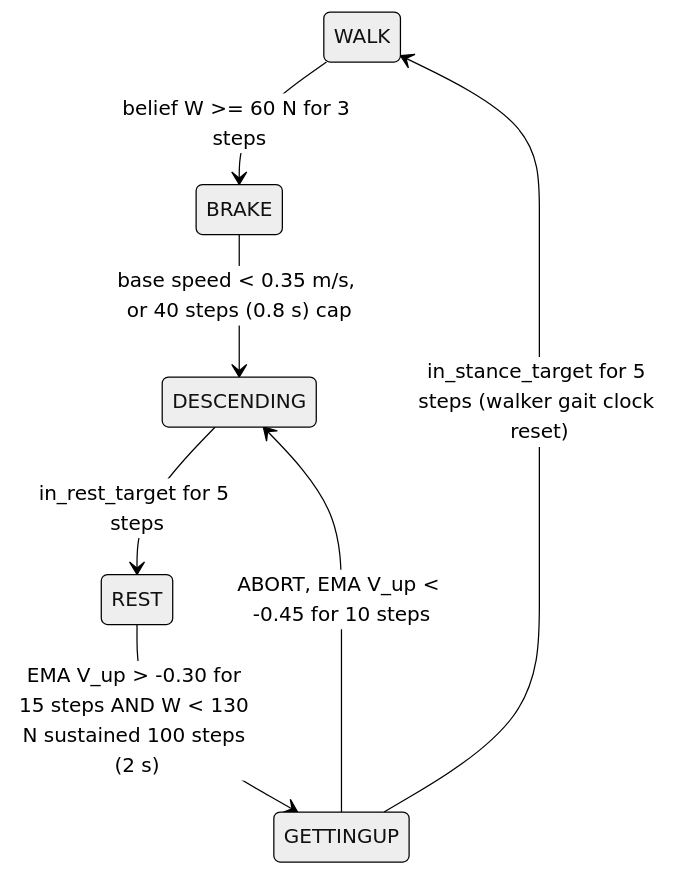
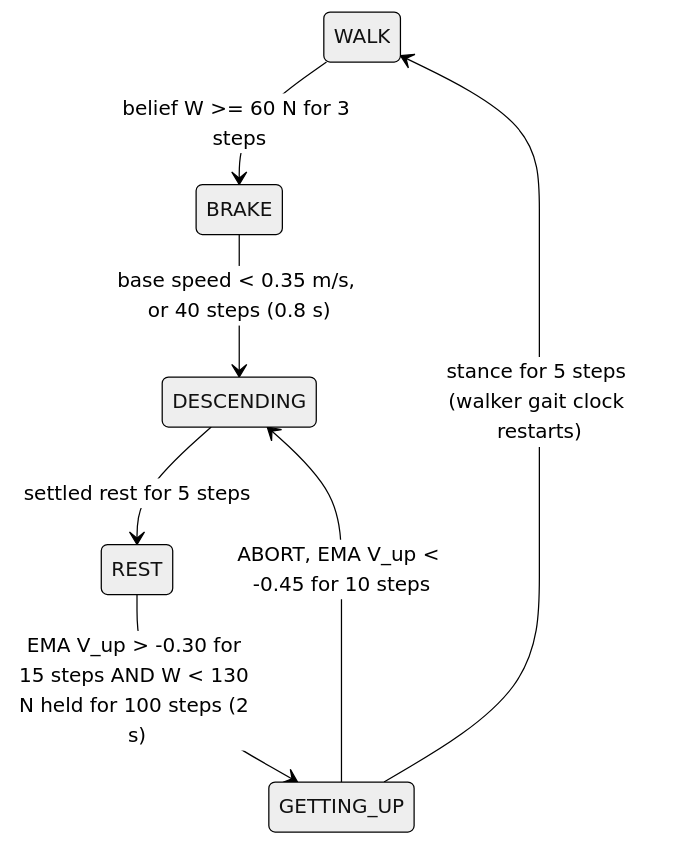
Before and after one commit to SafeRoboticsLab/odd-conditioned: the second of 2 diagrams in docs/SWITCHING_LOGIC.md, drawn with Mermaid (neutral theme). The commit also changed other lines of this file and 10 other files, not shown here.

````diff
--- a/docs/SWITCHING_LOGIC.md
+++ b/docs/SWITCHING_LOGIC.md
@@ -102,9 +103,9 @@
 ```mermaid
 stateDiagram-v2
     WALK --> BRAKE: belief W >= 60 N for 3 steps
-    BRAKE --> DESCENDING: base speed < 0.35 m/s, or 40 steps (0.8 s) cap
-    DESCENDING --> REST: in_rest_target for 5 steps
-    REST --> GETTINGUP: EMA V_up > -0.30 for 15 steps AND W < 130 N sustained 100 steps (2 s)
-    GETTINGUP --> WALK: in_stance_target for 5 steps (walker gait clock reset)
-    GETTINGUP --> DESCENDING: ABORT, EMA V_up < -0.45 for 10 steps
+    BRAKE --> DESCENDING: base speed < 0.35 m/s, or 40 steps (0.8 s)
+    DESCENDING --> REST: settled rest for 5 steps
+    REST --> GETTING_UP: EMA V_up > -0.30 for 15 steps AND W < 130 N held for 100 steps (2 s)
+    GETTING_UP --> WALK: stance for 5 steps (walker gait clock restarts)
+    GETTING_UP --> DESCENDING: ABORT, EMA V_up < -0.45 for 10 steps
 ```
````
